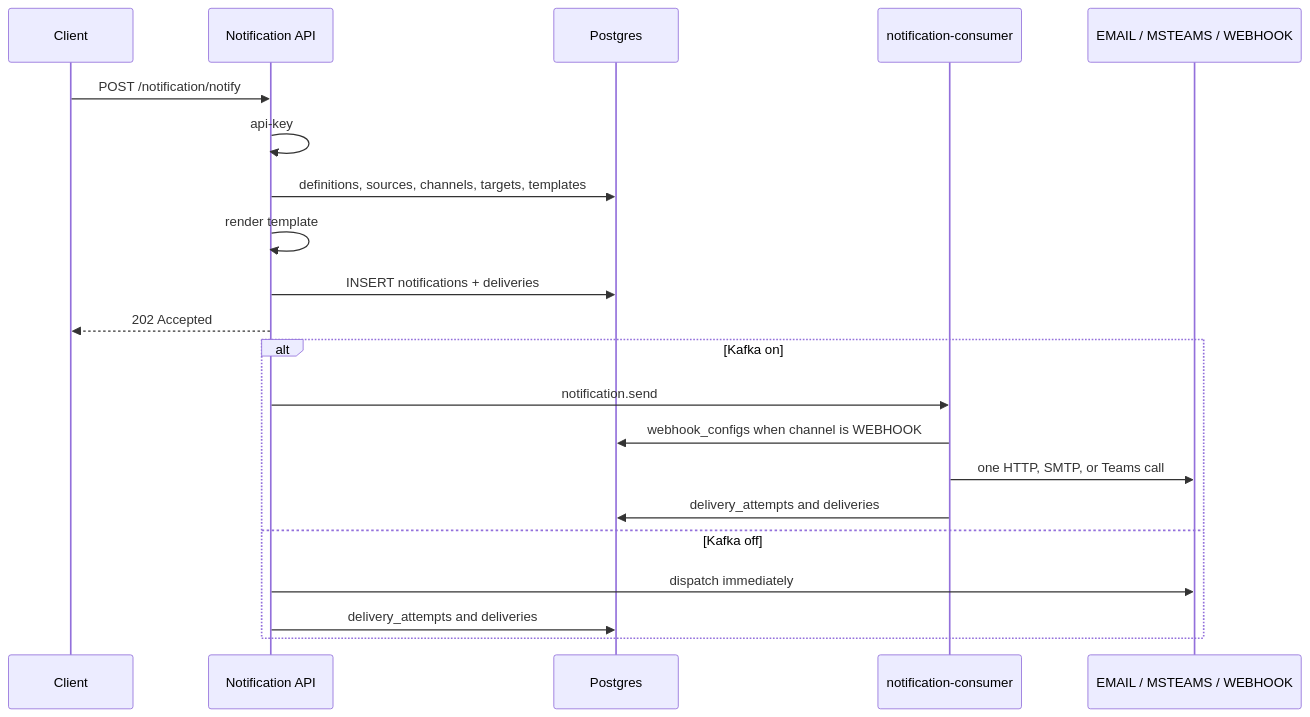
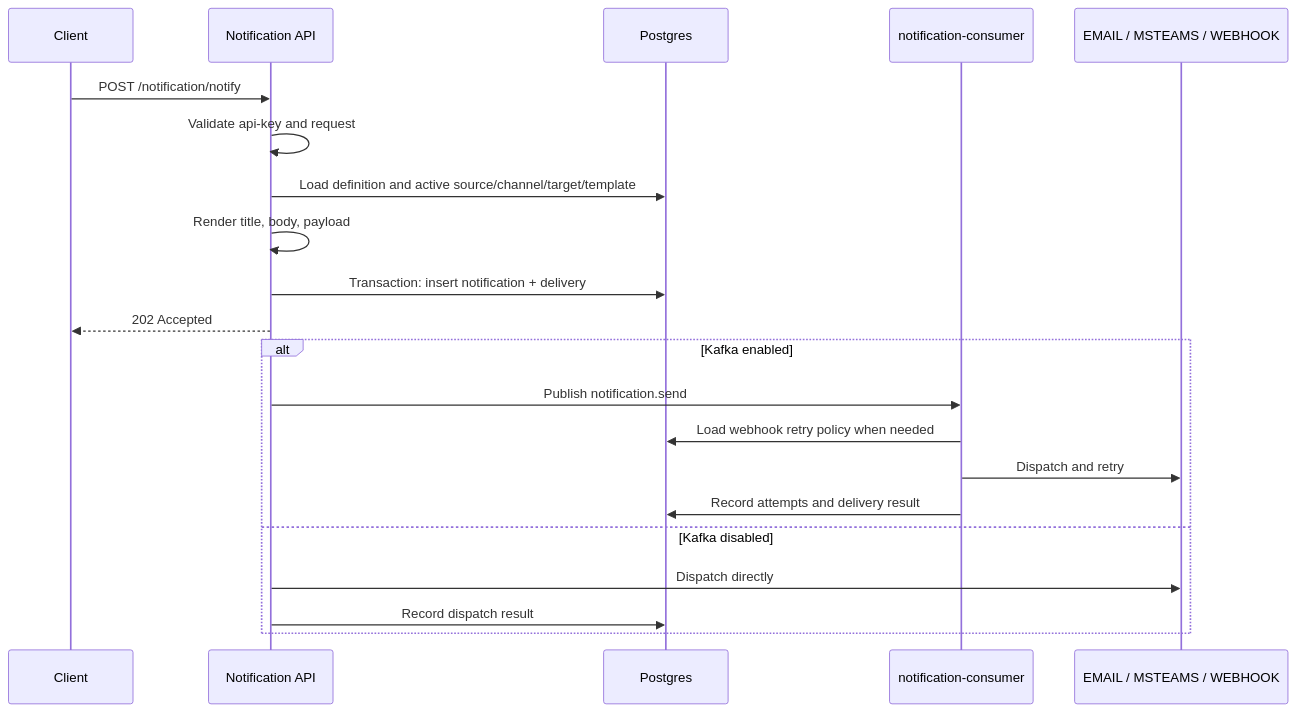
One commit to AtlasBevis/notification-service changed the diagram in docs/api_flow.md. Above: the diagram before and after it, drawn with Mermaid. The commit also changed other lines of this file and 5 other files, not shown here.

````diff
--- a/docs/api_flow.md
+++ b/docs/api_flow.md
@@ -17,24 +23,24 @@
 ```mermaid
 sequenceDiagram
     participant Client
     participant API as Notification API
     participant DB as Postgres
     participant Worker as notification-consumer
     participant Channel as EMAIL / MSTEAMS / WEBHOOK
 
     Client->>API: POST /notification/notify
-    API->>API: api-key
-    API->>DB: definitions, sources, channels, targets, templates
-    API->>API: render template
-    API->>DB: INSERT notifications + deliveries
+    API->>API: Validate api-key and request
+    API->>DB: Load definition and active source/channel/target/template
+    API->>API: Render title, body, payload
+    API->>DB: Transaction: insert notification + delivery
     API-->>Client: 202 Accepted
-    alt Kafka on
-        API->>Worker: notification.send
-        Worker->>DB: webhook_configs when channel is WEBHOOK
-        Worker->>Channel: one HTTP, SMTP, or Teams call
-        Worker->>DB: delivery_attempts and deliveries
-    else Kafka off
-        API->>Channel: dispatch immediately
-        API->>DB: delivery_attempts and deliveries
+    alt Kafka enabled
+        API->>Worker: Publish notification.send
+        Worker->>DB: Load webhook retry policy when needed
+        Worker->>Channel: Dispatch and retry
+        Worker->>DB: Record attempts and delivery result
+    else Kafka disabled
+        API->>Channel: Dispatch directly
+        API->>DB: Record dispatch result
     end
 ```
````
